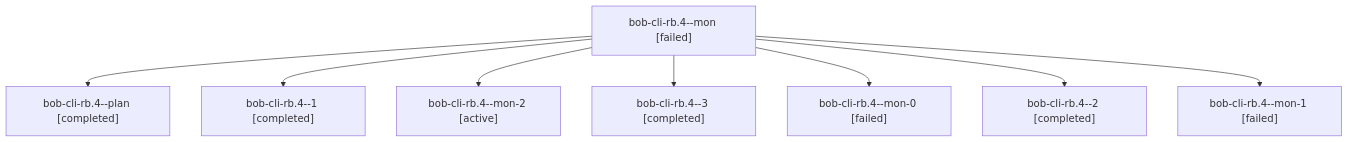
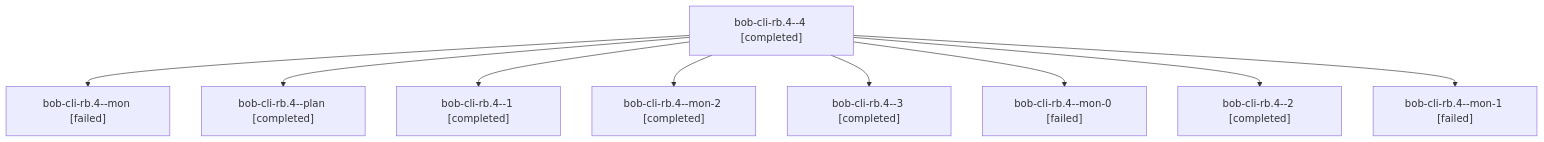
The diagram in sessions/bbugyi200.athena.bob-cli-rb.4.md (bobs-org/bob-cli--agents), drawn with Mermaid before and after one commit. The commit also changed other lines of this file and 53 other files, not shown here.

````diff
--- a/sessions/bbugyi200.athena.bob-cli-rb.4.md
+++ b/sessions/bbugyi200.athena.bob-cli-rb.4.md
@@ -9,18 +9,20 @@
 ```mermaid
 flowchart TD
-  n0["bob-cli-rb.4--mon [failed]"]
-  n1["bob-cli-rb.4--plan [completed]"]
+  n0["bob-cli-rb.4--4 [completed]"]
+  n1["bob-cli-rb.4--mon [failed]"]
   n0 --> n1
-  n2["bob-cli-rb.4--1 [completed]"]
+  n2["bob-cli-rb.4--plan [completed]"]
   n0 --> n2
-  n3["bob-cli-rb.4--mon-2 [active]"]
+  n3["bob-cli-rb.4--1 [completed]"]
   n0 --> n3
-  n4["bob-cli-rb.4--3 [completed]"]
+  n4["bob-cli-rb.4--mon-2 [completed]"]
   n0 --> n4
-  n5["bob-cli-rb.4--mon-0 [failed]"]
+  n5["bob-cli-rb.4--3 [completed]"]
   n0 --> n5
-  n6["bob-cli-rb.4--2 [completed]"]
+  n6["bob-cli-rb.4--mon-0 [failed]"]
   n0 --> n6
-  n7["bob-cli-rb.4--mon-1 [failed]"]
+  n7["bob-cli-rb.4--2 [completed]"]
   n0 --> n7
+  n8["bob-cli-rb.4--mon-1 [failed]"]
+  n0 --> n8
 ```
````
